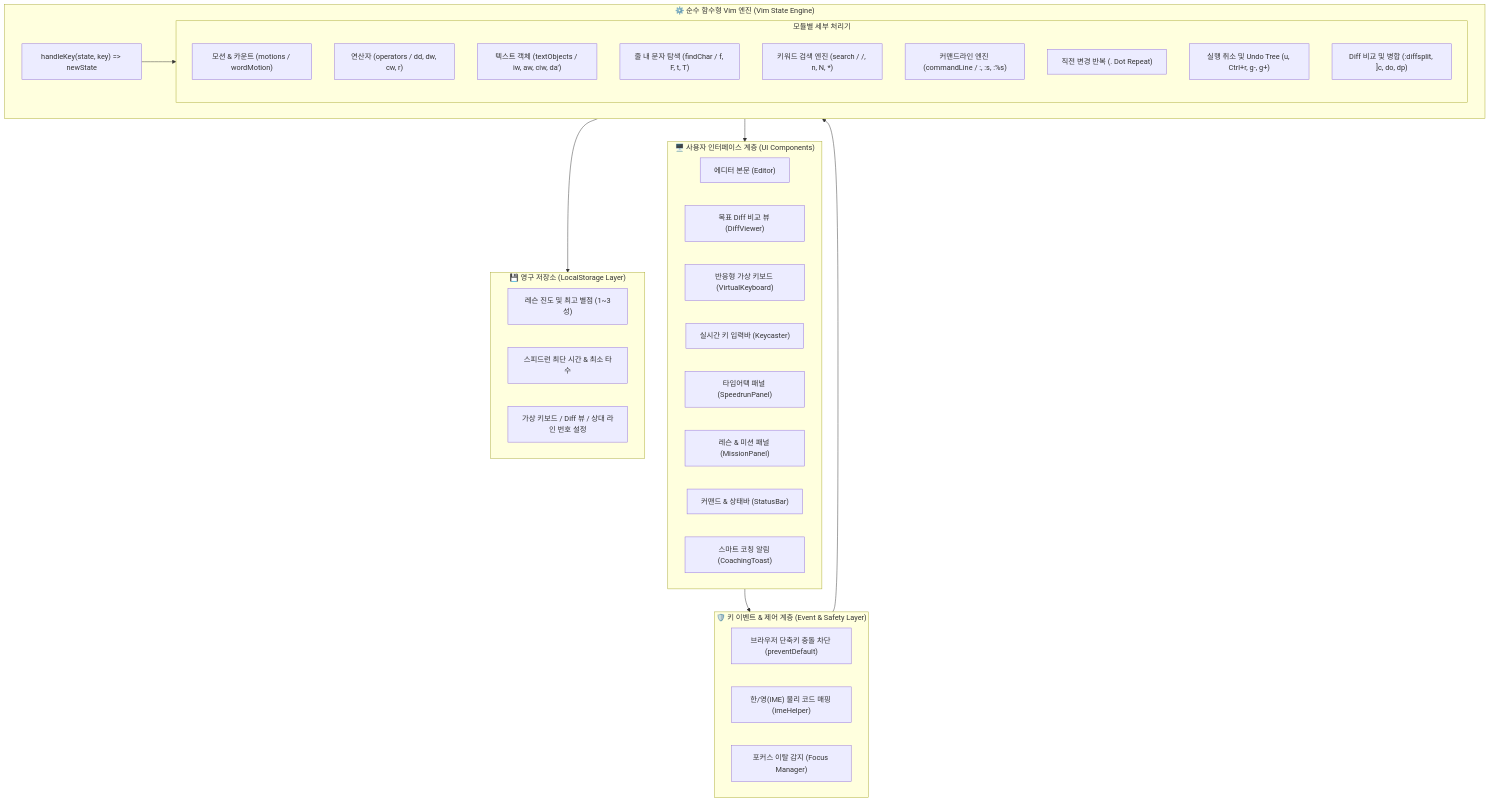
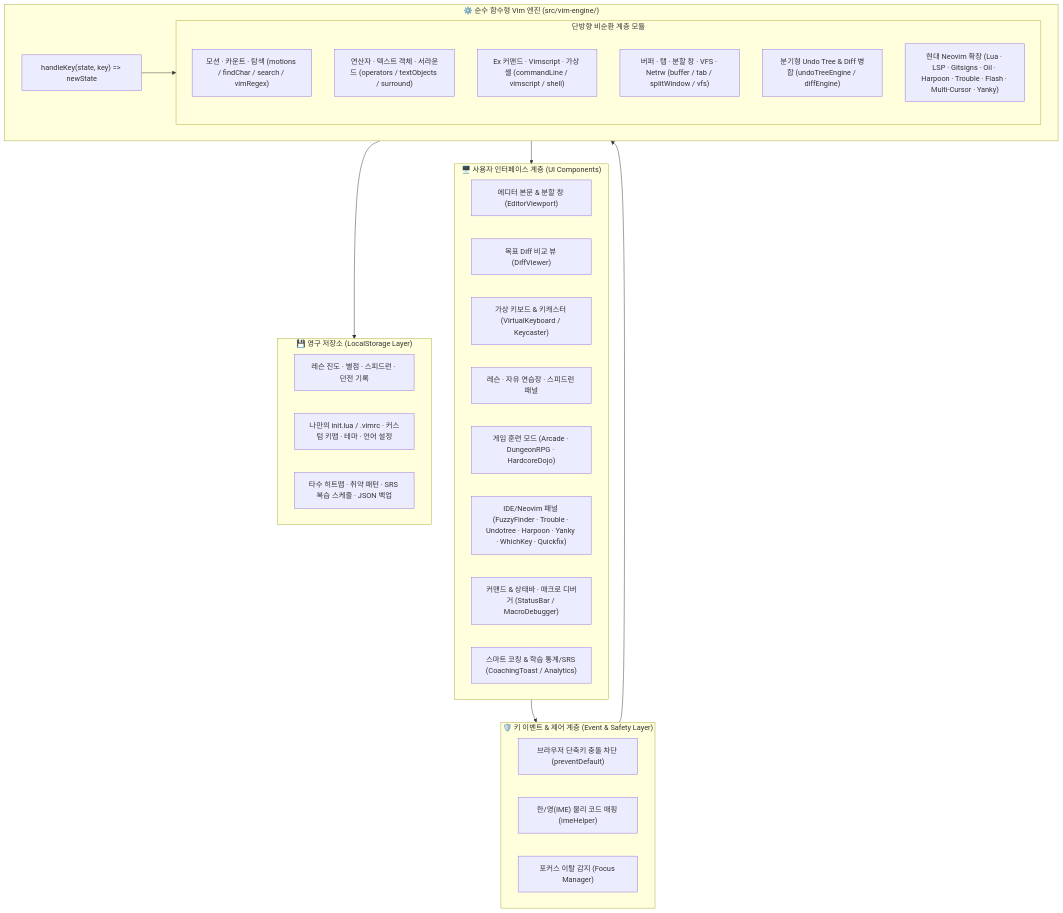
Before and after one commit to typoscript/VimPracticeOnWeb: the diagram in README.md, drawn with Mermaid. The commit also changed other lines of this file, not shown here.

Commit message:
docs: update README with modern Neovim plugins, game modes, architecture, and latest test counts

````diff
--- a/README.md
+++ b/README.md
@@ -11,46 +16,43 @@
 ```mermaid
 flowchart TD
     subgraph UI_Layer["🖥️ 사용자 인터페이스 계층 (UI Components)"]
-        Editor["에디터 본문 (Editor)"]
+        Editor["에디터 본문 & 분할 창 (EditorViewport)"]
         DiffViewer["목표 Diff 비교 뷰 (DiffViewer)"]
-        VirtualKeyboard["반응형 가상 키보드 (VirtualKeyboard)"]
-        Keycaster["실시간 키 입력바 (Keycaster)"]
-        SpeedrunPanel["타임어택 패널 (SpeedrunPanel)"]
-        MissionPanel["레슨 & 미션 패널 (MissionPanel)"]
-        StatusBar["커맨드 & 상태바 (StatusBar)"]
-        CoachingToast["스마트 코칭 알림 (CoachingToast)"]
+        VirtualKeyboard["가상 키보드 & 키캐스터 (VirtualKeyboard / Keycaster)"]
+        MissionPanel["레슨 · 자유 연습장 · 스피드런 패널"]
+        GameModes["게임 훈련 모드 (Arcade · DungeonRPG · HardcoreDojo)"]
+        IdePanels["IDE/Neovim 패널 (FuzzyFinder · Trouble · Undotree · Harpoon · Yanky · WhichKey · Quickfix)"]
+        StatusBar["커맨드 & 상태바 · 매크로 디버거 (StatusBar / MacroDebugger)"]
+        CoachingToast["스마트 코칭 & 학습 통계/SRS (CoachingToast / Analytics)"]
     end
 
     subgraph Event_Layer["🛡️ 키 이벤트 & 제어 계층 (Event & Safety Layer)"]
         KeyFilter["브라우저 단축키 충돌 차단 (preventDefault)"]
         ImeNormalizer["한/영(IME) 물리 코드 매핑 (imeHelper)"]
         FocusManager["포커스 이탈 감지 (Focus Manager)"]
     end
 
-    subgraph Core_Engine["⚙️ 순수 함수형 Vim 엔진 (Vim State Engine)"]
+    subgraph Core_Engine["⚙️ 순수 함수형 Vim 엔진 (src/vim-engine/)"]
         Reducer["handleKey(state, key) => newState"]
-        subgraph Sub_Engines["모듈별 세부 처리기"]
-            Motions["모션 & 카운트 (motions / wordMotion)"]
-            Operators["연산자 (operators / dd, dw, cw, r)"]
-            TextObjects["텍스트 객체 (textObjects / iw, aw, ciw, da')"]
-            FindChar["줄 내 문자 탐색 (findChar / f, F, t, T)"]
-            SearchEngine["키워드 검색 엔진 (search / /, n, N, *)"]
-            CommandLine["커맨드라인 엔진 (commandLine / :, :s, :%s)"]
-            DotRepeat["직전 변경 반복 (. Dot Repeat)"]
-            UndoRedo["실행 취소 및 Undo Tree (u, Ctrl+r, g-, g+)"]
-            DiffEngine["Diff 비교 및 병합 (:diffsplit, ]c, do, dp)"]
+        subgraph Sub_Engines["단방향 비순환 계층 모듈"]
+            Motions["모션 · 카운트 · 탐색 (motions / findChar / search / vimRegex)"]
+            Operators["연산자 · 텍스트 객체 · 서라운드 (operators / textObjects / surround)"]
+            CommandLine["Ex 커맨드 · Vimscript · 가상 셸 (commandLine / vimscript / shell)"]
+            Workspace["버퍼 · 탭 · 분할 창 · VFS · Netrw (buffer / tab / splitWindow / vfs)"]
+            UndoDiff["분기형 Undo Tree & Diff 병합 (undoTreeEngine / diffEngine)"]
+            ModernNvim["현대 Neovim 확장 (Lua · LSP · Gitsigns · Oil · Harpoon · Trouble · Flash · Multi-Cursor · Yanky)"]
         end
     end
 
     subgraph Storage_Layer["💾 영구 저장소 (LocalStorage Layer)"]
-        ProgressStore["레슨 진도 및 최고 별점 (1~3성)"]
-        SpeedrunStore["스피드런 최단 시간 & 최소 타수"]
-        SettingsStore["가상 키보드 / Diff 뷰 / 상대 라인 번호 설정"]
+        ProgressStore["레슨 진도 · 별점 · 스피드런 · 던전 기록"]
+        ConfigStore["나만의 init.lua / .vimrc · 커스텀 키맵 · 테마 · 언어 설정"]
+        AnalyticsStore["타수 히트맵 · 취약 패턴 · SRS 복습 스케줄 · JSON 백업"]
     end
 
     UI_Layer --> Event_Layer
     Event_Layer --> Core_Engine
     Reducer --> Sub_Engines
     Core_Engine --> UI_Layer
     Core_Engine --> Storage_Layer
 ```
````
